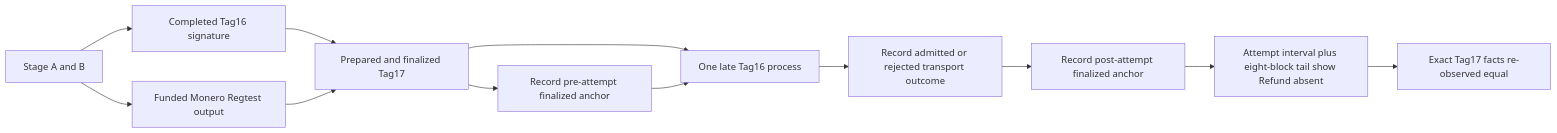
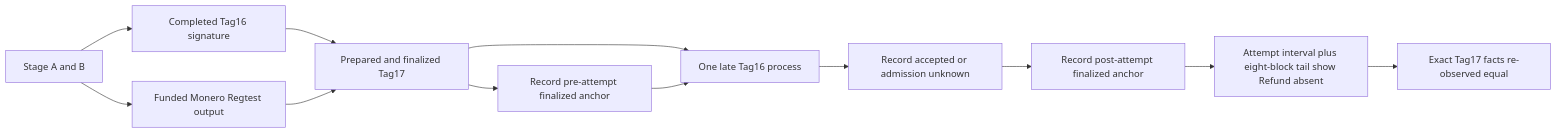
The first of 2 diagrams in docs/architecture/0175-reject-losing-tag16-after-finalized-tag17.md (gateway-fm/lez-atomic-swaps), drawn with Mermaid before and after one commit. The commit also changed other lines of this file and 10 other files, not shown here.

````diff
--- a/docs/architecture/0175-reject-losing-tag16-after-finalized-tag17.md
+++ b/docs/architecture/0175-reject-losing-tag16-after-finalized-tag17.md
@@ -35,14 +40,14 @@
 ```mermaid
 flowchart LR
     Agreement[Stage A and B] --> Tag16Ready[Completed Tag16 signature]
     Agreement --> Monero[Funded Monero Regtest output]
     Tag16Ready --> Tag17[Prepared and finalized Tag17]
     Monero --> Tag17
     Tag17 --> Late16[One late Tag16 process]
     Tag17 --> Anchor[Record pre-attempt finalized anchor]
     Anchor --> Late16[One late Tag16 process]
-    Late16 --> Admission[Record admitted or rejected transport outcome]
+    Late16 --> Admission[Record accepted or admission unknown]
     Admission --> PostAnchor[Record post-attempt finalized anchor]
     PostAnchor --> RefundScan[Attempt interval plus eight-block tail show Refund absent]
     RefundScan --> Reobserve[Exact Tag17 facts re-observed equal]
 ```
````
